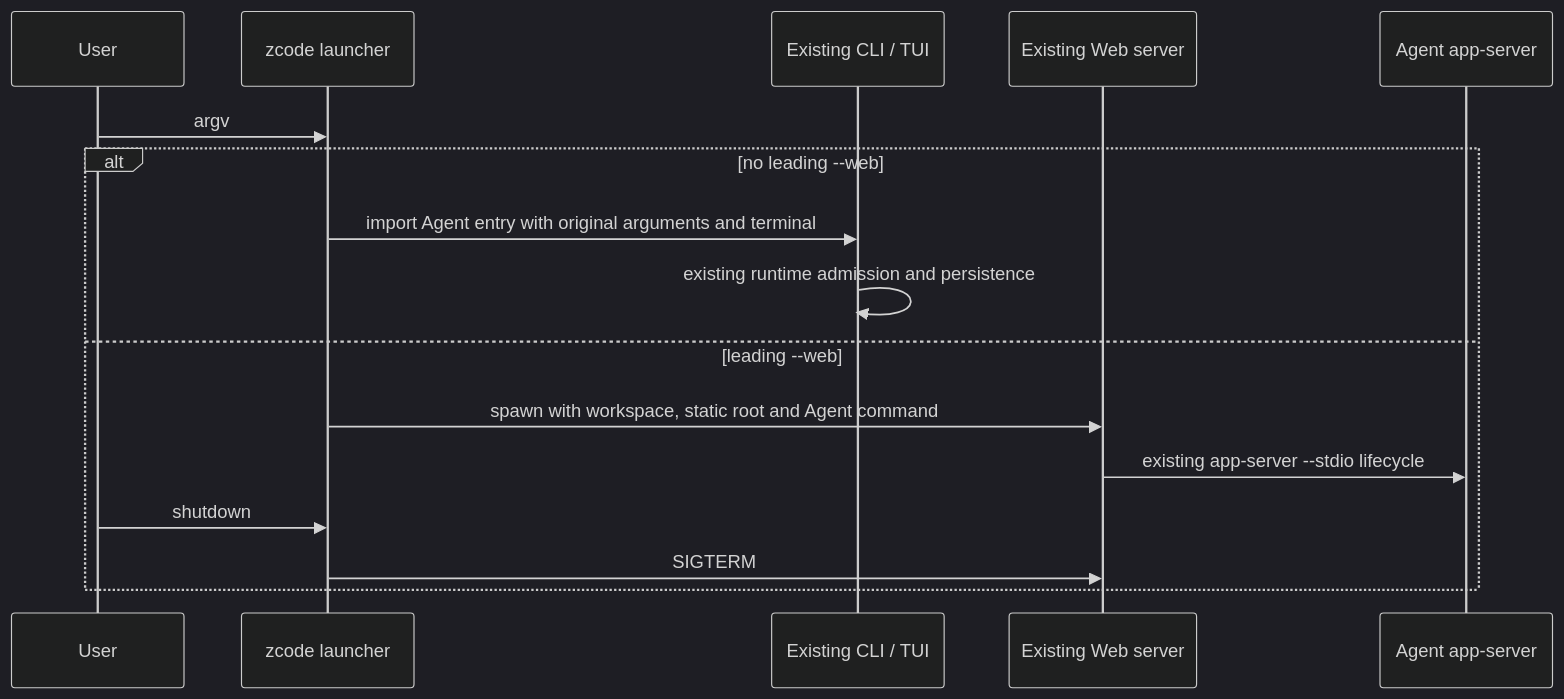
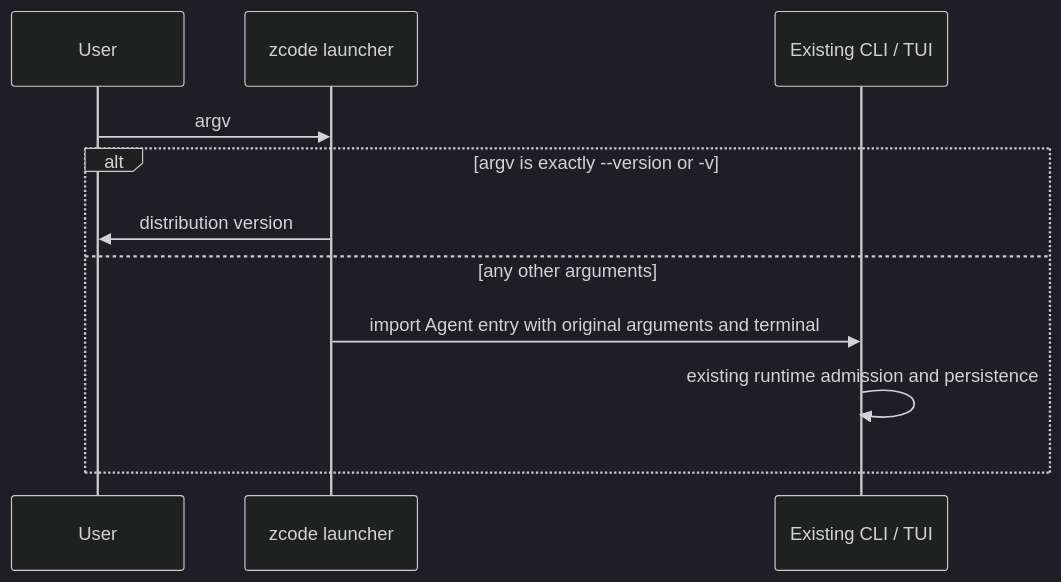
The diagram in specs/zcode-unified-distribution.md (ngohieu12/HCode), drawn with Mermaid (dark theme) before and after one commit. The commit also changed other lines of this file and 1 other file, not shown here.

First line of the commit message:
docs(spec): viết lại specs/zcode-unified-distribution.md theo hiện trạng HCode

````diff
--- a/specs/zcode-unified-distribution.md
+++ b/specs/zcode-unified-distribution.md
@@ -20,18 +47,13 @@
 ```mermaid
 sequenceDiagram
     participant User
     participant Launcher as zcode launcher
     participant CLI as Existing CLI / TUI
-    participant Server as Existing Web server
-    participant Agent as Agent app-server
     User->>Launcher: argv
-    alt no leading --web
+    alt argv is exactly --version or -v
+        Launcher->>User: distribution version
+    else any other arguments
         Launcher->>CLI: import Agent entry with original arguments and terminal
         CLI->>CLI: existing runtime admission and persistence
-    else leading --web
-        Launcher->>Server: spawn with workspace, static root and Agent command
-        Server->>Agent: existing app-server --stdio lifecycle
-        User->>Launcher: shutdown
-        Launcher->>Server: SIGTERM
     end
 ```
````
